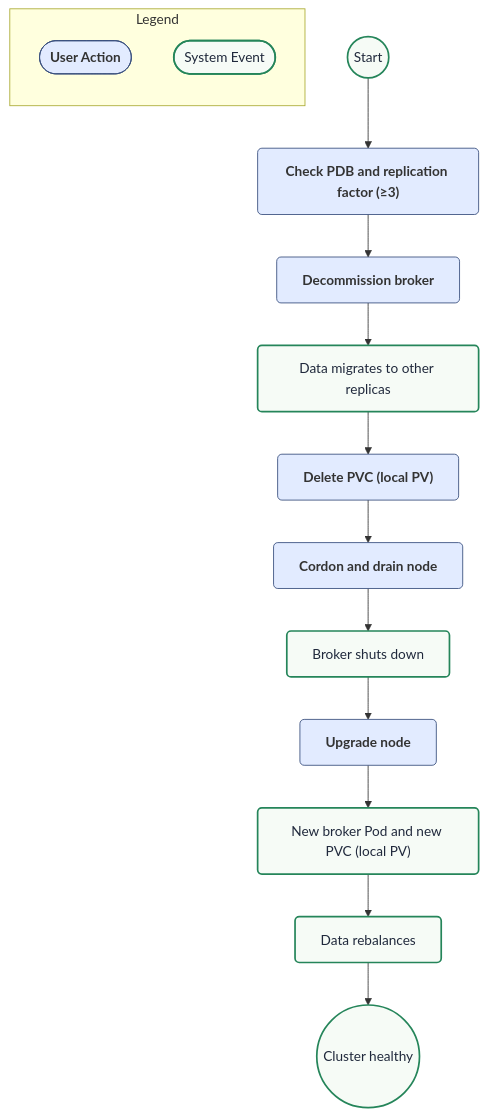
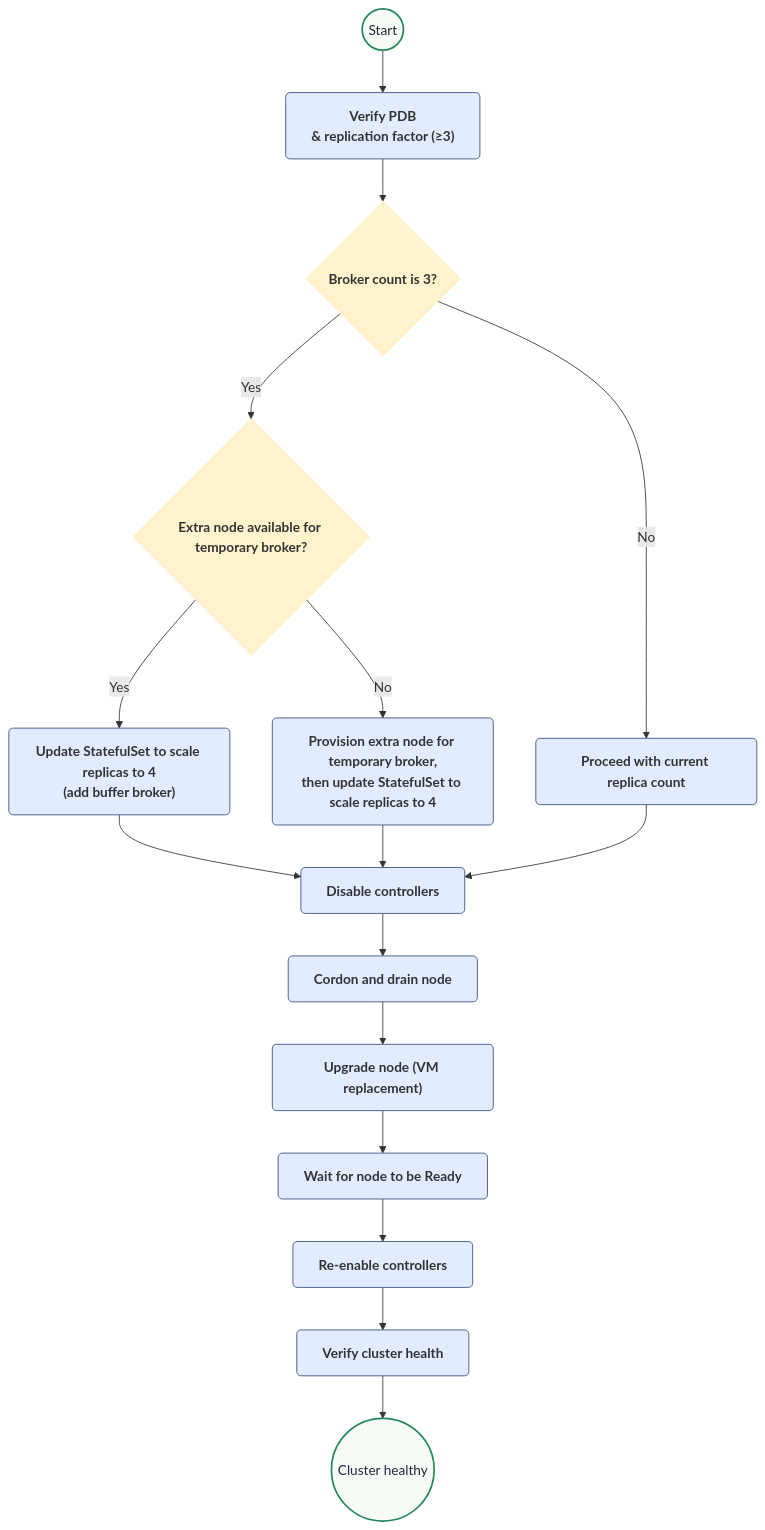
Before and after one commit to redpanda-data/docs: the first of 2 diagrams in modules/upgrade/pages/k-upgrade-kubernetes.adoc, drawn with Mermaid. The commit also changed other lines of this file, not shown here.

Commit message:
Update procedures to include buffer nodes

```diff
--- a/modules/upgrade/pages/k-upgrade-kubernetes.adoc
+++ b/modules/upgrade/pages/k-upgrade-kubernetes.adoc
@@ -234,27 +45,25 @@
 [mermaid]
-....
+----
 flowchart TB
+  %% Define classes
+  classDef userAction stroke:#374D7C, fill:#E2EBFF, font-weight:bold, rx:5, ry:5;
+  classDef systemAction fill:#F6FBF6, stroke:#25855a, stroke-width:2px, color:#20293c, rx:5, ry:5;
+  classDef decision fill:#FFF3CD, stroke:#FFEEBA, font-weight:bold, rx:5, ry:5;
 
-%% Define classes
-classDef userAction stroke:#374D7C, fill:#E2EBFF, font-weight:bold,rx:5,ry:5
-classDef systemAction fill:#F6FBF6,stroke:#25855a,stroke-width:2px,color:#20293c,rx:5,ry:5
-
-%% -- LEGEND SUBGRAPH --
-subgraph Legend
-  direction TB
-  UA([User Action]):::userAction
-  SE([System Event]):::systemAction
-end
-
-%% -- MAIN FLOWCHART --
-A((Start)):::systemAction --> B["Check PDB and replication factor (≥3)"]:::userAction
-B --> C["Decommission broker"]:::userAction
-C --> D["Data migrates to other replicas"]:::systemAction
-D --> E["Delete PVC (local PV)"]:::userAction
-E --> F["Cordon and drain node"]:::userAction
-F --> G["Broker shuts down"]:::systemAction
-G --> H["Upgrade node"]:::userAction
-H --> I["New broker Pod and new PVC (local PV)"]:::systemAction
-I --> J["Data rebalances"]:::systemAction
-J --> K((Cluster healthy)):::systemAction
-....
+  %% MAIN FLOW
+  A((Start)):::systemAction --> B["Verify PDB\n& replication factor (≥3)"]:::userAction
+  B --> C{Broker count is 3?}:::decision
+  C -- Yes --> D{Extra node available for temporary broker?}:::decision
+  D -- Yes --> E["Update StatefulSet to scale replicas to 4\n(add buffer broker)"]:::userAction
+  D -- No --> F["Provision extra node for temporary broker,\nthen update StatefulSet to scale replicas to 4"]:::userAction
+  C -- No --> G["Proceed with current replica count"]:::userAction
+  E --> H["Disable controllers"]:::userAction
+  F --> H
+  G --> H
+  H --> I["Cordon and drain node"]:::userAction
+  I --> J["Upgrade node (VM replacement)"]:::userAction
+  J --> K["Wait for node to be Ready"]:::userAction
+  K --> L["Re-enable controllers"]:::userAction
+  L --> M["Verify cluster health"]:::userAction
+  M --> N((Cluster healthy)):::systemAction
+----
```
